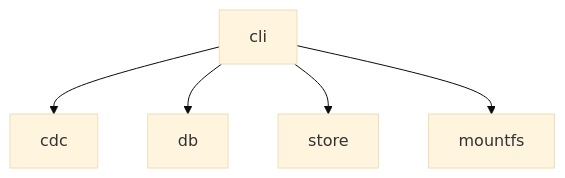
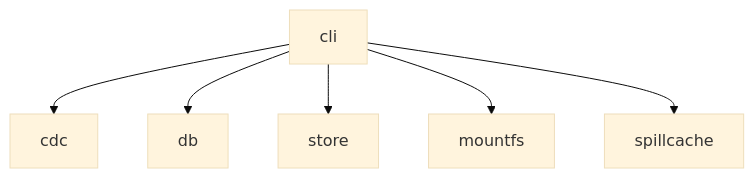
One commit to gdiet/backup changed the first of 3 diagrams in docs/architecture.md. Above: the diagram before and after it, drawn with Mermaid (base theme). The commit also changed other lines of this file and 17 other files, not shown here.

````diff
--- a/docs/architecture.md
+++ b/docs/architecture.md
@@ -12,7 +12,8 @@
 ```mermaid
 graph TD
     cli --> cdc
     cli --> db
     cli --> store
     cli --> mountfs
+    cli --> spillcache
 ```
````
